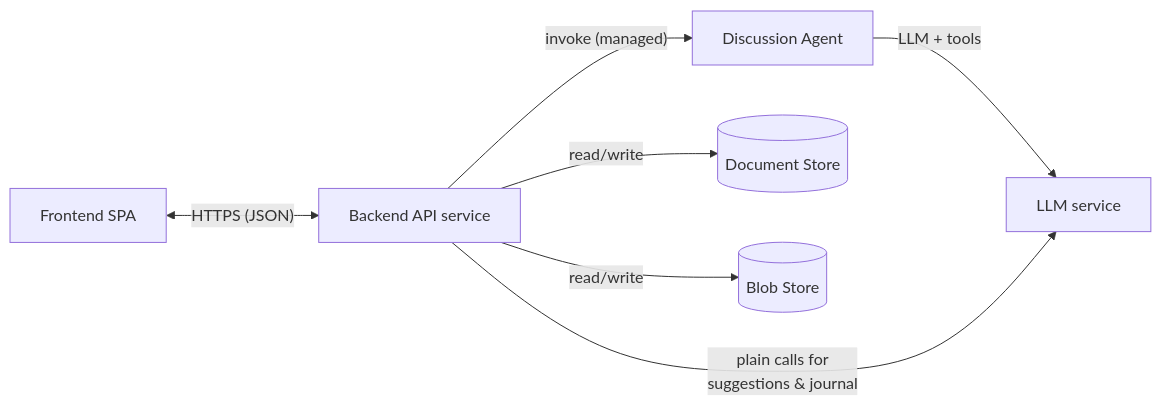
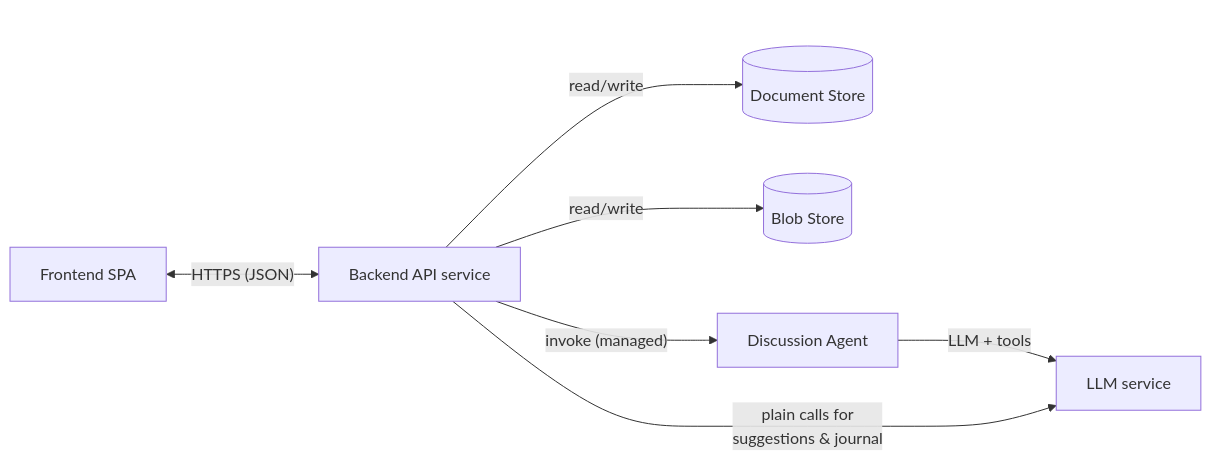
Before and after one commit to mkobos/reading_companion: the first of 2 diagrams in spec/technical_specification.md, drawn with Mermaid. The commit also changed other lines of this file and 35 other files, not shown here.

````diff
--- a/spec/technical_specification.md
+++ b/spec/technical_specification.md
@@ -11,9 +11,14 @@
 ```mermaid
 flowchart LR
     FE["Frontend SPA"] <-->|"HTTPS (JSON)"| BE["Backend API service"]
     BE -->|"invoke (managed)"| AG["Discussion Agent"]
-    BE -->|read/write| DS[("Document Store")]
-    BE -->|read/write| BS[("Blob Store")]
     AG -->|"LLM + tools"| LLM["LLM service"]
     BE -->|"plain calls for<br/>suggestions & journal"| LLM
+    subgraph Storage[" "]
+        DS[("Document Store")]
+        BS[("Blob Store")]
+    end
+    BE -->|read/write| DS
+    BE -->|read/write| BS
+    style Storage fill:none,stroke:none
 ```
````
